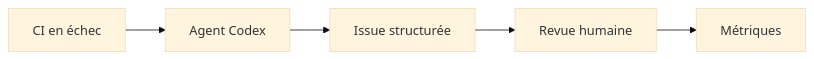
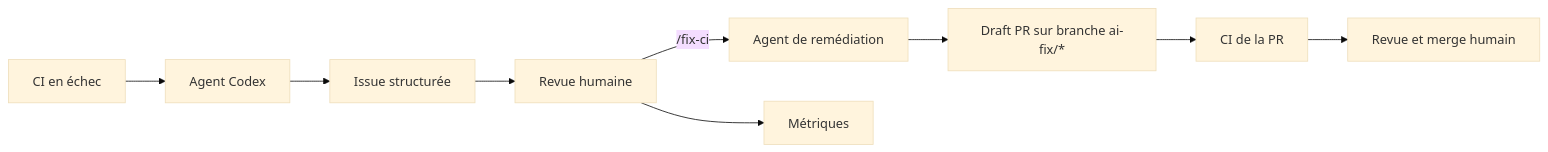
One commit to fx69005/adlc-ci-triage-demo changed the diagram in README.md. Above: the diagram before and after it, drawn with Mermaid (base theme). The commit also changed other lines of this file and 3 other files, not shown here.

````diff
--- a/README.md
+++ b/README.md
@@ -9,7 +9,11 @@
 ```mermaid
 flowchart LR
     CI[CI en échec] --> Agent[Agent Codex]
     Agent --> Issue[Issue structurée]
     Issue --> Human[Revue humaine]
+    Human -->|/fix-ci| Fix[Agent de remédiation]
+    Fix --> PR[Draft PR sur branche ai-fix/*]
+    PR --> PRCI[CI de la PR]
+    PRCI --> Merge[Revue et merge humain]
     Human --> Metrics[Métriques]
 ```
````
